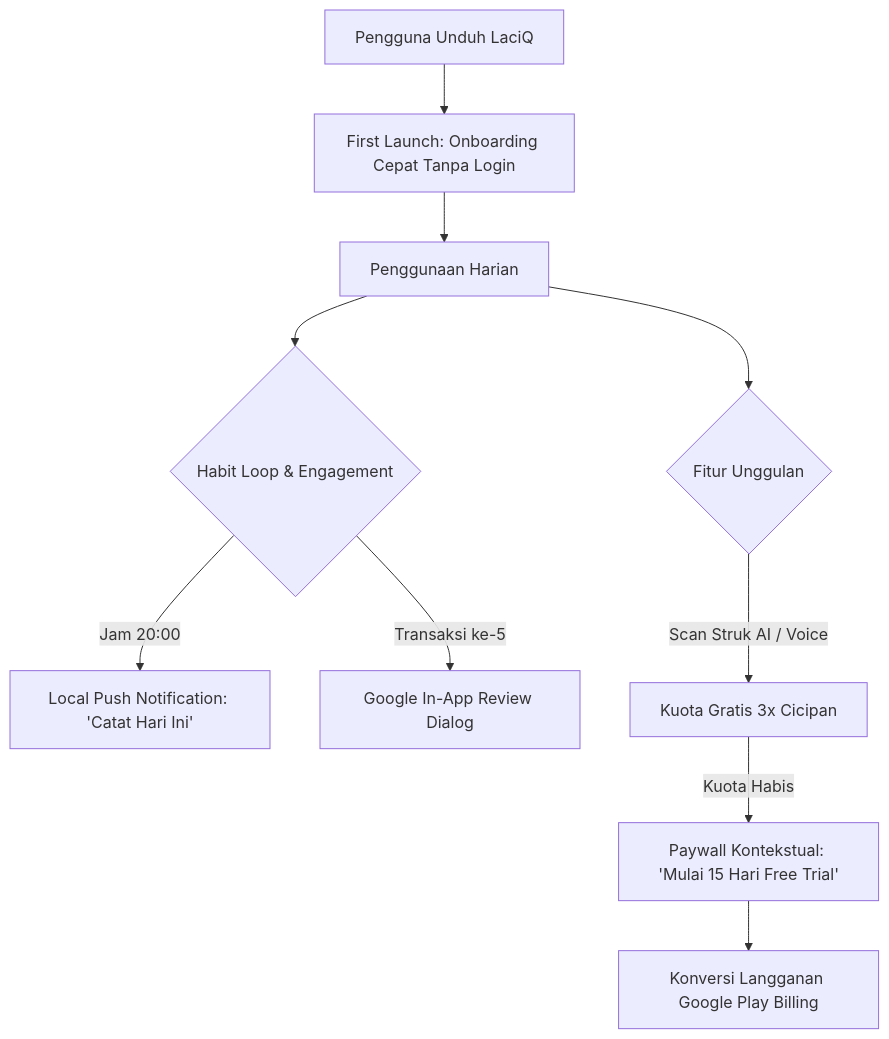
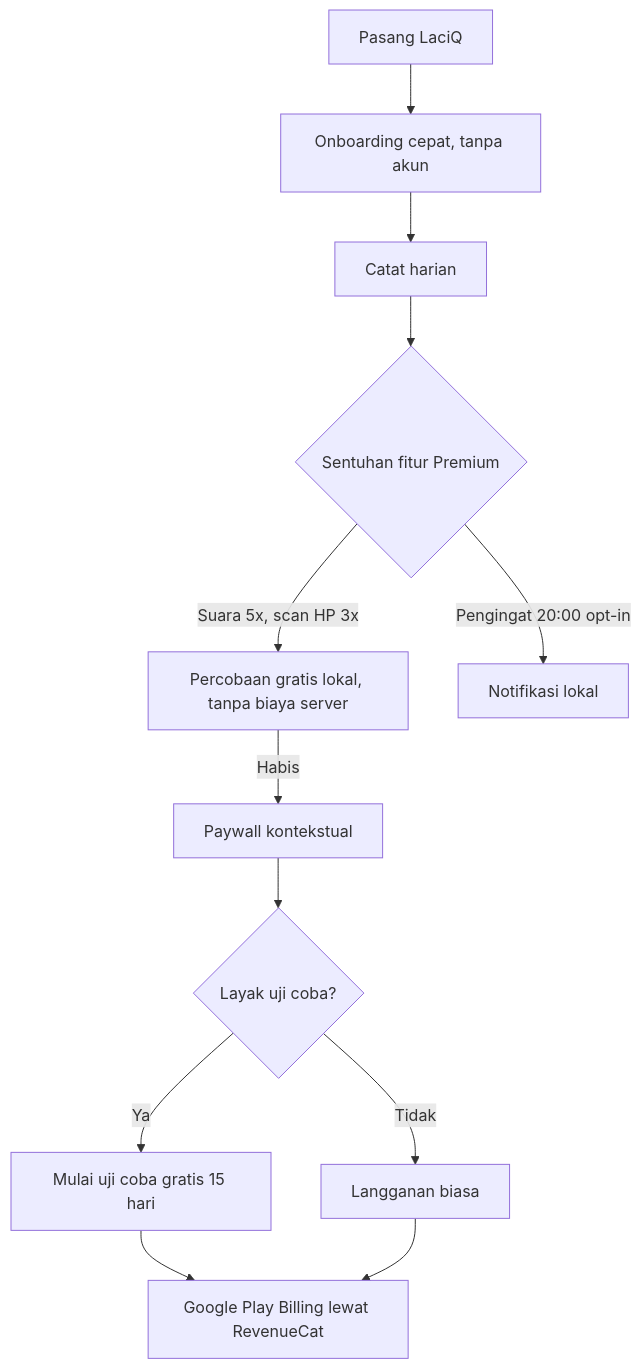
Before and after one commit to nudadan/laciq: the diagram in docs/rencana_implementasi_laciq.md, drawn with Mermaid. The commit also changed other lines of this file, not shown here.

Commit message:
docs: rencana implementasi LaciQ v2 (dikoreksi: kebijakan Play, Flutter/RevenueCat, biaya AI)

````diff
--- a/docs/rencana_implementasi_laciq.md
+++ b/docs/rencana_implementasi_laciq.md
@@ -68,12 +94,14 @@
 ```mermaid
 flowchart TD
-    A[Pengguna Unduh LaciQ] --> B[First Launch: Onboarding Cepat Tanpa Login]
-    B --> C[Penggunaan Harian]
-    C --> D{Habit Loop & Engagement}
-    D -->|Jam 20:00| E[Local Push Notification: 'Catat Hari Ini']
-    D -->|Transaksi ke-5| F[Google In-App Review Dialog]
-    C --> G{Fitur Unggulan}
-    G -->|Scan Struk AI / Voice| H[Kuota Gratis 3x Cicipan]
-    H -->|Kuota Habis| I[Paywall Kontekstual: 'Mulai 15 Hari Free Trial']
-    I --> J[Konversi Langganan Google Play Billing]
+    A[Pasang LaciQ] --> B[Onboarding cepat, tanpa akun]
+    B --> C[Catat harian]
+    C --> D{Sentuhan fitur Premium}
+    D -->|Suara 5x, scan HP 3x| E[Percobaan gratis lokal, tanpa biaya server]
+    E -->|Habis| F[Paywall kontekstual]
+    D -->|Pengingat 20:00 opt-in| G[Notifikasi lokal]
+    F --> H{Layak uji coba?}
+    H -->|Ya| I[Mulai uji coba gratis 15 hari]
+    H -->|Tidak| J[Langganan biasa]
+    I --> K[Google Play Billing lewat RevenueCat]
+    J --> K
 ```
````
